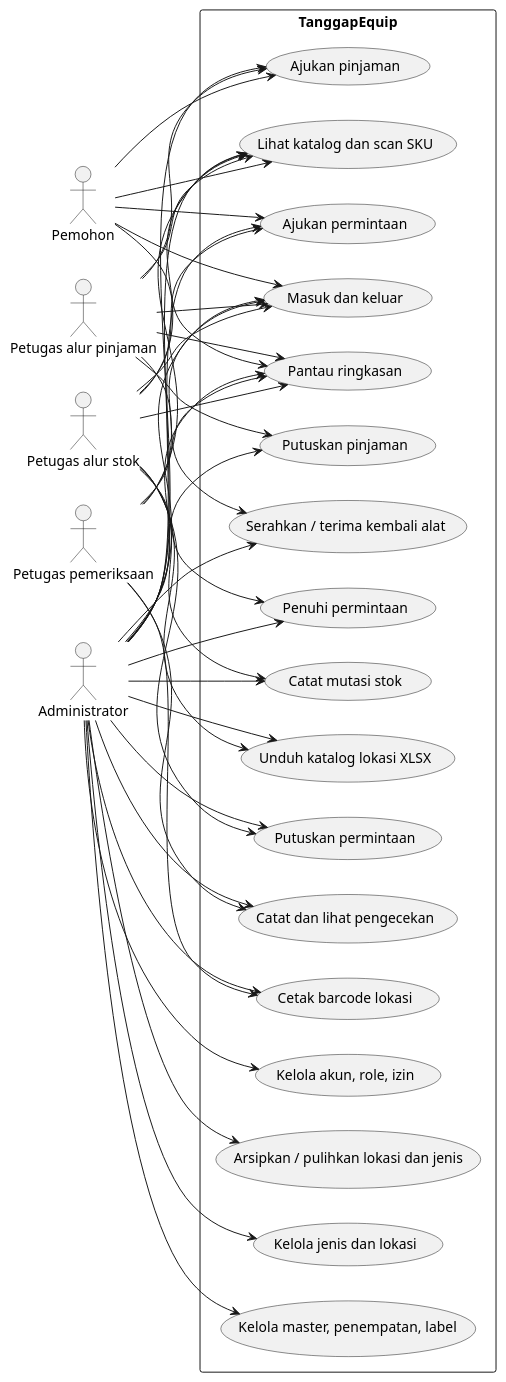
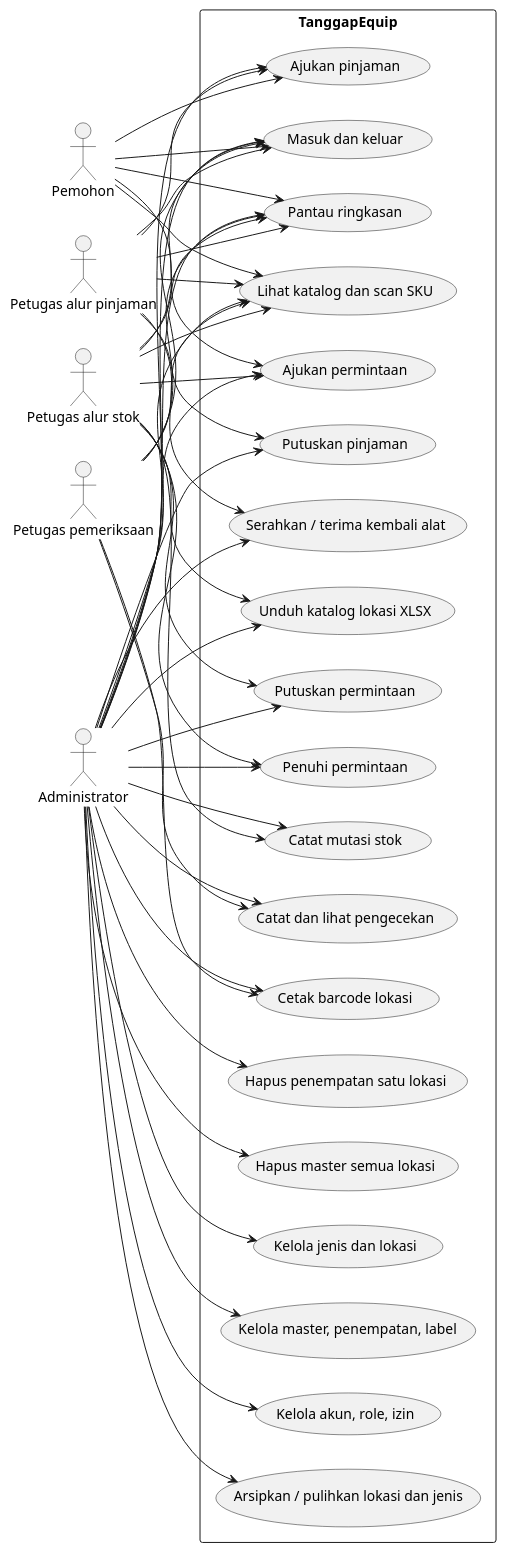
One commit to fandychan99/inventory_max changed the diagram in docs/uml/USE_CASE.puml. Above: the diagram before and after it, drawn with PlantUML. The commit also changed 27 other files, not shown here.

```diff
--- a/docs/uml/USE_CASE.puml
+++ b/docs/uml/USE_CASE.puml
@@ -1,76 +1,80 @@
 @startuml
 left to right direction
 skinparam packageStyle rectangle
 
 actor "Pemohon" as Pemohon
 actor "Petugas alur pinjaman" as PetugasPinjam
 actor "Petugas alur stok" as PetugasStok
 actor "Petugas pemeriksaan" as PetugasCek
 actor "Administrator" as Admin
 
 rectangle "TanggapEquip" {
   usecase "Masuk dan keluar" as UC01
   usecase "Pantau ringkasan" as UC02
   usecase "Lihat katalog dan scan SKU" as UC12
   usecase "Ajukan pinjaman" as UC05
   usecase "Putuskan pinjaman" as UC06
   usecase "Serahkan / terima kembali alat" as UC07
   usecase "Ajukan permintaan" as UC08
   usecase "Putuskan permintaan" as UC09
   usecase "Penuhi permintaan" as UC10
   usecase "Catat mutasi stok" as UC11
   usecase "Kelola jenis dan lokasi" as UC03
   usecase "Kelola master, penempatan, label" as UC04
   usecase "Kelola akun, role, izin" as UC13
   usecase "Catat dan lihat pengecekan" as UC14
   usecase "Cetak barcode lokasi" as UC15
   usecase "Unduh katalog lokasi XLSX" as UC16
   usecase "Arsipkan / pulihkan lokasi dan jenis" as UC17
+  usecase "Hapus penempatan satu lokasi" as UC18
+  usecase "Hapus master semua lokasi" as UC19
 }
 
 Pemohon --> UC01
 Pemohon --> UC02
 Pemohon --> UC12
 Pemohon --> UC05
 Pemohon --> UC08
 
 PetugasPinjam --> UC01
 PetugasPinjam --> UC02
 PetugasPinjam --> UC12
 PetugasPinjam --> UC05
 PetugasPinjam --> UC06
 PetugasPinjam --> UC07
 
 PetugasStok --> UC01
 PetugasStok --> UC02
 PetugasStok --> UC12
 PetugasStok --> UC08
 PetugasStok --> UC09
 PetugasStok --> UC10
 PetugasStok --> UC11
 PetugasStok --> UC16
 
 PetugasCek --> UC01
 PetugasCek --> UC02
 PetugasCek --> UC12
 PetugasCek --> UC14
 PetugasCek --> UC15
 
 Admin --> UC01
 Admin --> UC02
 Admin --> UC12
 Admin --> UC03
 Admin --> UC04
 Admin --> UC05
 Admin --> UC06
 Admin --> UC07
 Admin --> UC08
 Admin --> UC09
 Admin --> UC10
 Admin --> UC11
 Admin --> UC13
 Admin --> UC14
 Admin --> UC15
 Admin --> UC16
 Admin --> UC17
+Admin --> UC18
+Admin --> UC19
 @enduml
```
